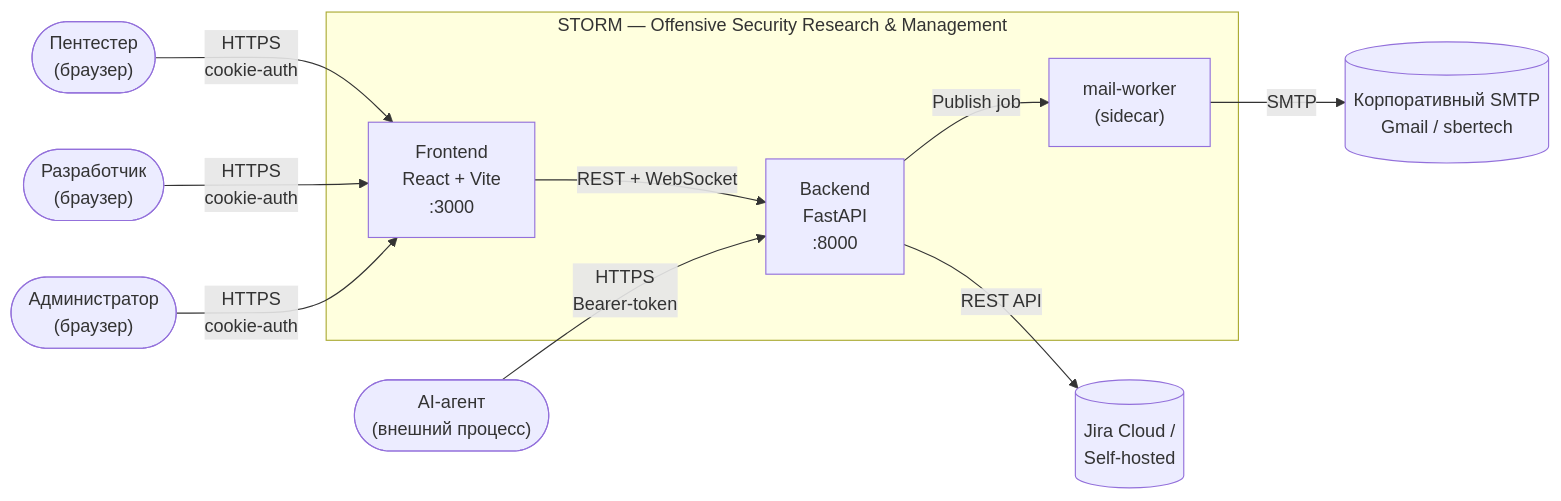
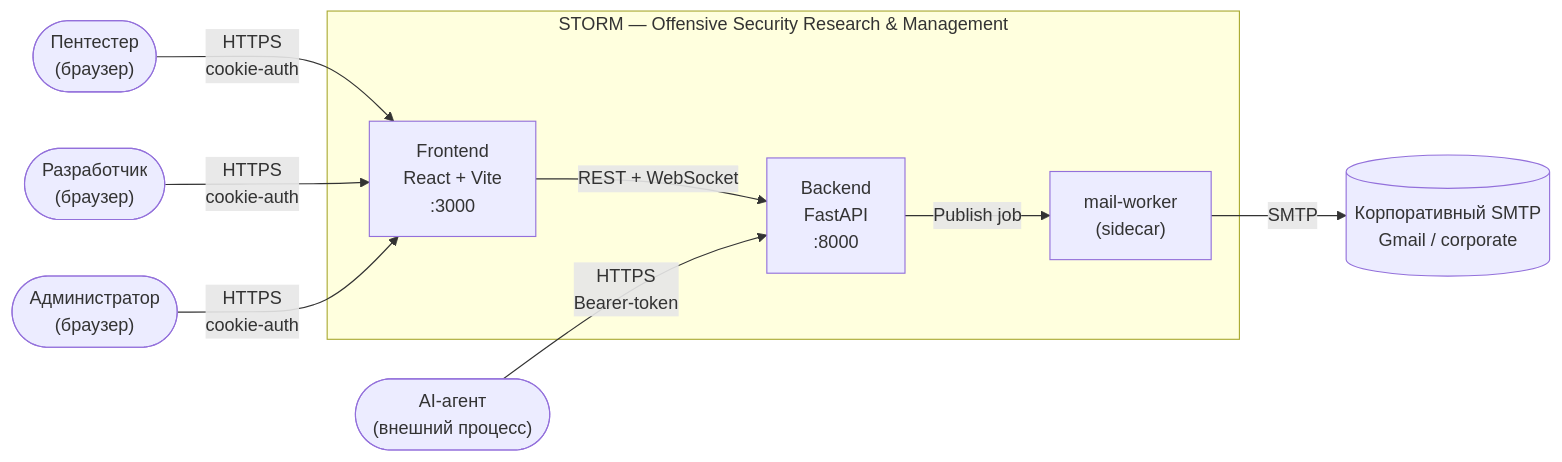
One commit to nkolomiika/FROST changed the first of 20 diagrams in docs/ARCH_DIAGRAMS.md. Above: the diagram before and after it, drawn with Mermaid. The commit also changed other lines of this file and 280 other files, not shown here.

````diff
--- a/docs/ARCH_DIAGRAMS.md
+++ b/docs/ARCH_DIAGRAMS.md
@@ -13,25 +13,23 @@
 ```mermaid
 flowchart LR
     Pentester(["Пентестер<br/>(браузер)"])
     Developer(["Разработчик<br/>(браузер)"])
     Admin(["Администратор<br/>(браузер)"])
     AIAgent(["AI-агент<br/>(внешний процесс)"])
 
     subgraph STORM["STORM — Offensive Security Research & Management"]
         Frontend["Frontend<br/>React + Vite<br/>:3000"]
         Backend["Backend<br/>FastAPI<br/>:8000"]
         Worker["mail-worker<br/>(sidecar)"]
     end
 
-    JiraCloud[("Jira Cloud /<br/>Self-hosted")]
-    SMTP[("Корпоративный SMTP<br/>Gmail / sbertech")]
+    SMTP[("Корпоративный SMTP<br/>Gmail / corporate")]
 
     Pentester -->|HTTPS<br/>cookie-auth| Frontend
     Developer -->|HTTPS<br/>cookie-auth| Frontend
     Admin -->|HTTPS<br/>cookie-auth| Frontend
     Frontend -->|REST + WebSocket| Backend
     AIAgent -->|HTTPS<br/>Bearer-token| Backend
-    Backend -->|REST API| JiraCloud
     Backend -->|Publish job| Worker
     Worker -->|SMTP| SMTP
 ```
````
